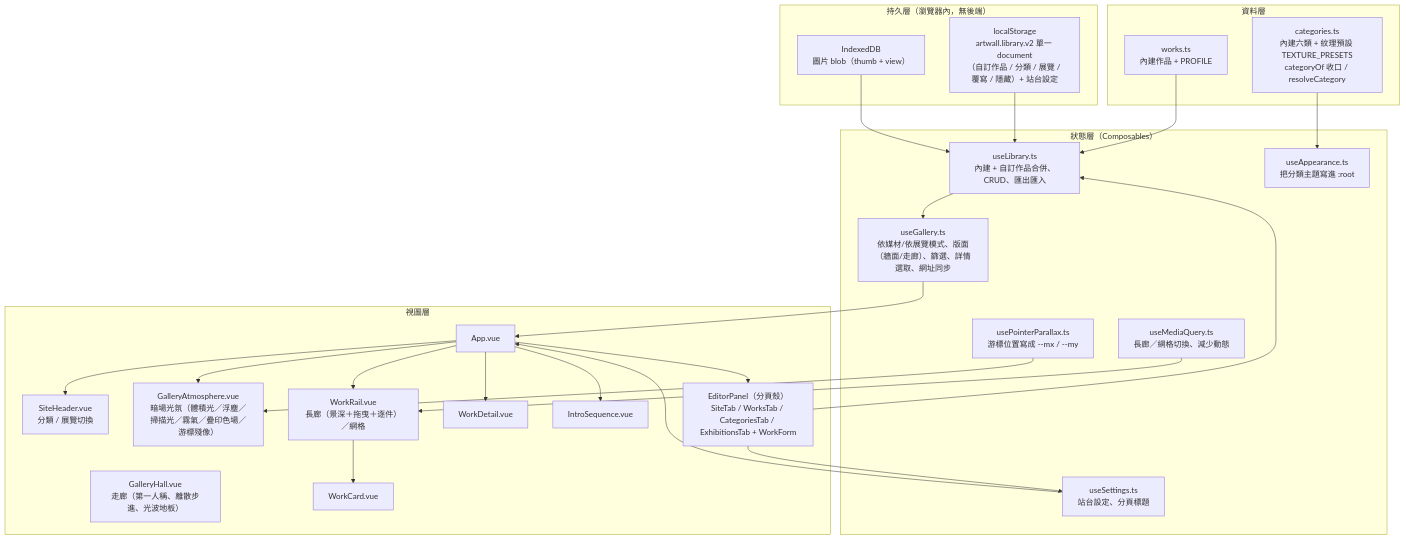
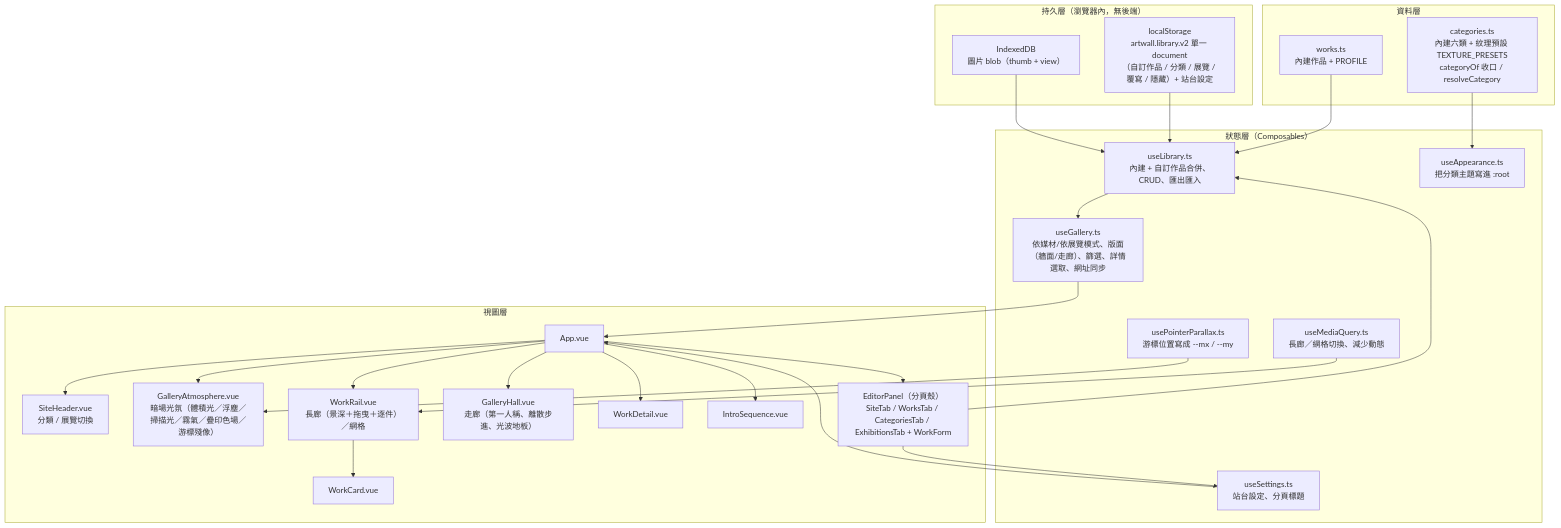
One commit to aliencat0528/art-wall changed the diagram in docs/ARCHITECTURE.md. Above: the diagram before and after it, drawn with Mermaid. The commit also changed other lines of this file and 7 other files, not shown here.

````diff
--- a/docs/ARCHITECTURE.md
+++ b/docs/ARCHITECTURE.md
@@ -5,52 +5,53 @@
 ```mermaid
 flowchart TD
   subgraph data["資料層"]
     W["works.ts<br/>內建作品 + PROFILE"]
     C["categories.ts<br/>內建六類 + 紋理預設 TEXTURE_PRESETS<br/>categoryOf 收口 / resolveCategory"]
   end
 
   subgraph storage["持久層（瀏覽器內，無後端）"]
     LS["localStorage<br/>artwall.library.v2 單一 document<br/>（自訂作品 / 分類 / 展覽 / 覆寫 / 隱藏）+ 站台設定"]
     IDB["IndexedDB<br/>圖片 blob（thumb + view）"]
   end
 
   subgraph state["狀態層（Composables）"]
     UL["useLibrary.ts<br/>內建 + 自訂作品合併、CRUD、匯出匯入"]
     UG["useGallery.ts<br/>依媒材/依展覽模式、版面（牆面/走廊）、篩選、詳情選取、網址同步"]
     US["useSettings.ts<br/>站台設定、分頁標題"]
     UA["useAppearance.ts<br/>把分類主題寫進 :root"]
     UM["useMediaQuery.ts<br/>長廊／網格切換、減少動態"]
     UP["usePointerParallax.ts<br/>游標位置寫成 --mx / --my"]
   end
 
   subgraph view["視圖層"]
     APP["App.vue"]
     SH["SiteHeader.vue<br/>分類 / 展覽切換"]
     GA["GalleryAtmosphere.vue<br/>暗場光氛（體積光／浮塵／掃描光／霧氣／疊印色場／游標殘像）"]
     WR["WorkRail.vue<br/>長廊（景深＋拖曳＋逐件）／網格"]
     GH["GalleryHall.vue<br/>走廊（第一人稱、離散步進、光波地板）"]
     WC["WorkCard.vue"]
     WD["WorkDetail.vue"]
     IS["IntroSequence.vue"]
     EP["EditorPanel（分頁殼）<br/>SiteTab / WorksTab / CategoriesTab / ExhibitionsTab + WorkForm"]
   end
 
   W --> UL
   LS --> UL
   IDB --> UL
   UL --> UG
   C --> UA
   UG --> APP
   US --> APP
   UM --> WR
   UP --> GA
   APP --> GA
   APP --> SH
   APP --> WR
+  APP --> GH
   APP --> WD
   APP --> IS
   APP --> EP
   WR --> WC
   EP --> UL
   EP --> US
 ```
````
